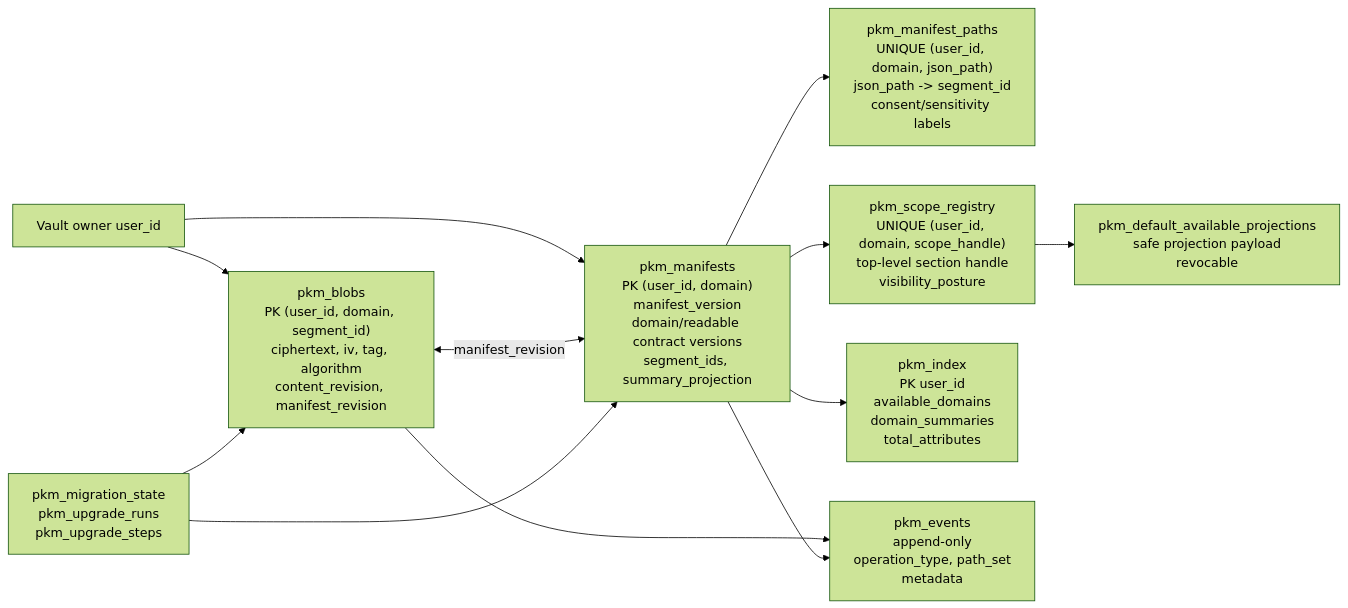
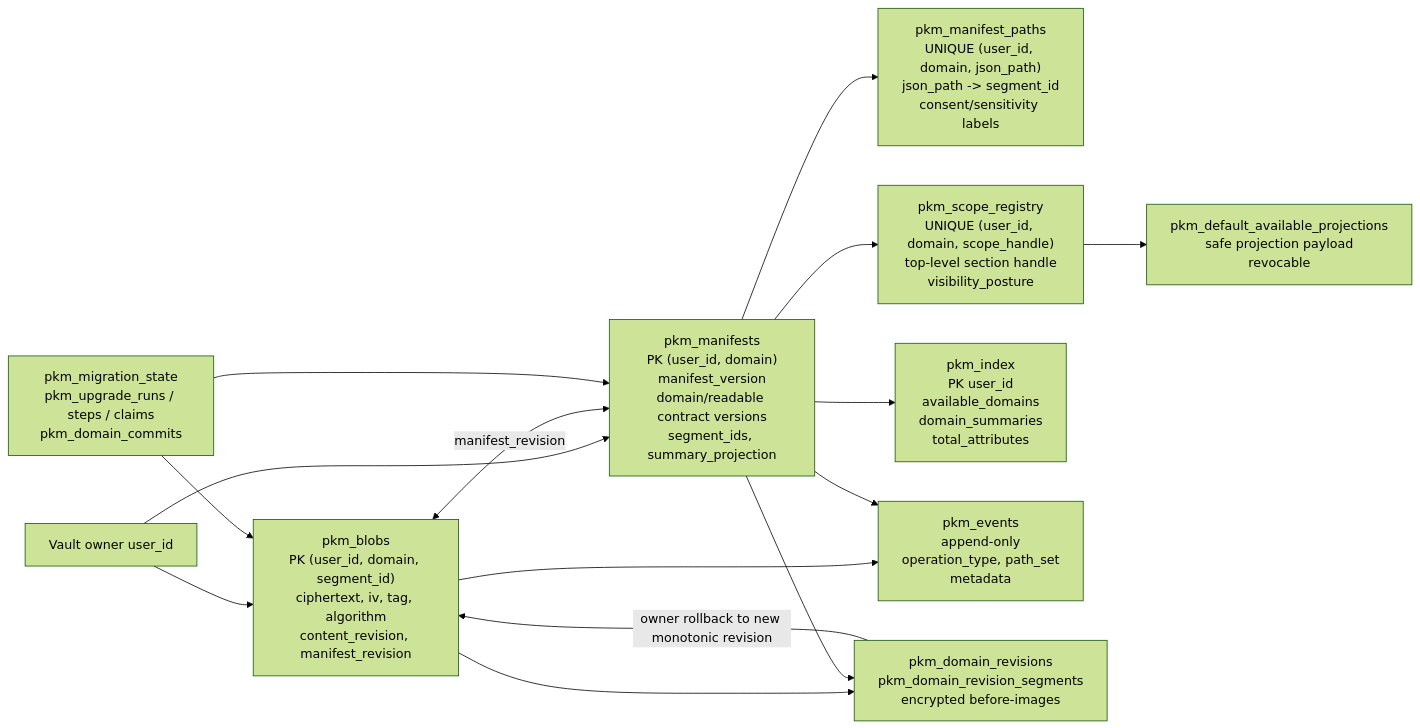
The first of 4 diagrams in consent-protocol/docs/reference/personal-knowledge-model.md (hushh-labs/hushh-research), drawn with Mermaid (forest theme) before and after one commit. The commit also changed other lines of this file and 90 other files, not shown here.

````diff
--- a/consent-protocol/docs/reference/personal-knowledge-model.md
+++ b/consent-protocol/docs/reference/personal-knowledge-model.md
@@ -20,24 +20,28 @@
 ```mermaid
 flowchart LR
   user["Vault owner user_id"]
   blob["pkm_blobs<br/>PK (user_id, domain, segment_id)<br/>ciphertext, iv, tag, algorithm<br/>content_revision, manifest_revision"]
   manifest["pkm_manifests<br/>PK (user_id, domain)<br/>manifest_version<br/>domain/readable contract versions<br/>segment_ids, summary_projection"]
   paths["pkm_manifest_paths<br/>UNIQUE (user_id, domain, json_path)<br/>json_path -> segment_id<br/>consent/sensitivity labels"]
   scopes["pkm_scope_registry<br/>UNIQUE (user_id, domain, scope_handle)<br/>top-level section handle<br/>visibility_posture"]
   index["pkm_index<br/>PK user_id<br/>available_domains<br/>domain_summaries<br/>total_attributes"]
   events["pkm_events<br/>append-only<br/>operation_type, path_set<br/>metadata"]
   projections["pkm_default_available_projections<br/>safe projection payload<br/>revocable"]
-  upgrades["pkm_migration_state<br/>pkm_upgrade_runs<br/>pkm_upgrade_steps"]
+  upgrades["pkm_migration_state<br/>pkm_upgrade_runs / steps / claims<br/>pkm_domain_commits"]
+  revisions["pkm_domain_revisions<br/>pkm_domain_revision_segments<br/>encrypted before-images"]
 
   user --> blob
   user --> manifest
   manifest --> paths
   manifest --> scopes
   blob <-->|manifest_revision| manifest
   manifest --> index
   blob --> events
   manifest --> events
   scopes --> projections
   upgrades --> blob
   upgrades --> manifest
+  blob --> revisions
+  manifest --> revisions
+  revisions -->|owner rollback to new monotonic revision| blob
 ```
````
